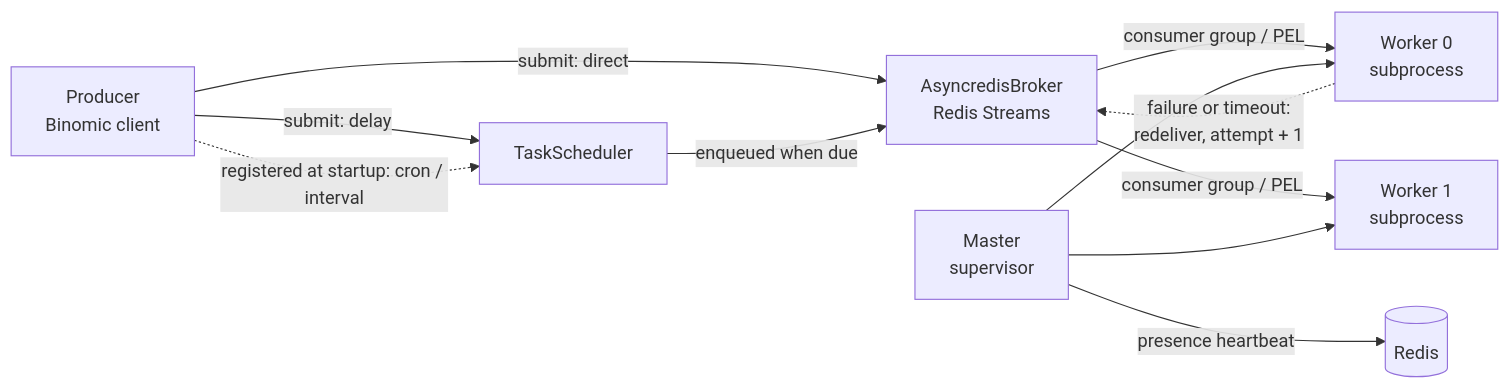
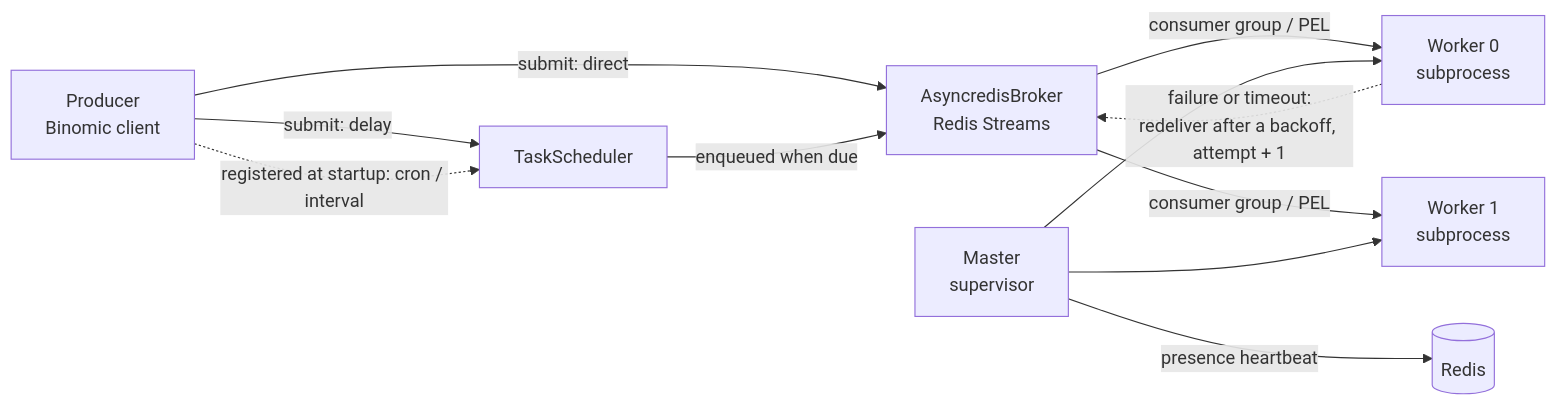
One commit to Ahsen17/binomic changed the diagram in README_en.md. Above: the diagram before and after it, drawn with Mermaid. The commit also changed other lines of this file and 11 other files, not shown here.

````diff
--- a/README_en.md
+++ b/README_en.md
@@ -147,13 +146,13 @@
 ```mermaid
 flowchart LR
     P[Producer<br>Binomic client] -->|submit: direct| B[AsyncredisBroker<br>Redis Streams]
     P -->|submit: delay| S[TaskScheduler]
     P -.->|registered at startup: cron / interval| S
     S -->|enqueued when due| B
     B -->|consumer group / PEL| W1[Worker 0<br>subprocess]
     B -->|consumer group / PEL| W2[Worker 1<br>subprocess]
-    W1 -.->|failure or timeout:<br>redeliver, attempt + 1| B
+    W1 -.->|failure or timeout:<br>redeliver after a backoff, attempt + 1| B
     M[Master<br>supervisor] --> W1
     M --> W2
     M -->|presence heartbeat| R[(Redis)]
 ```
````
